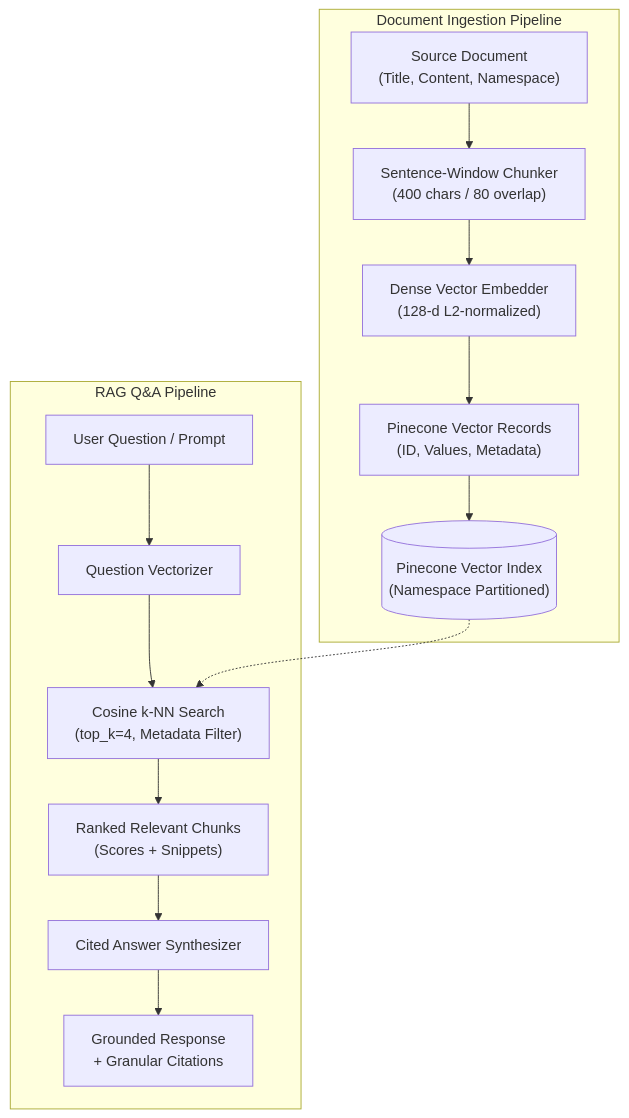
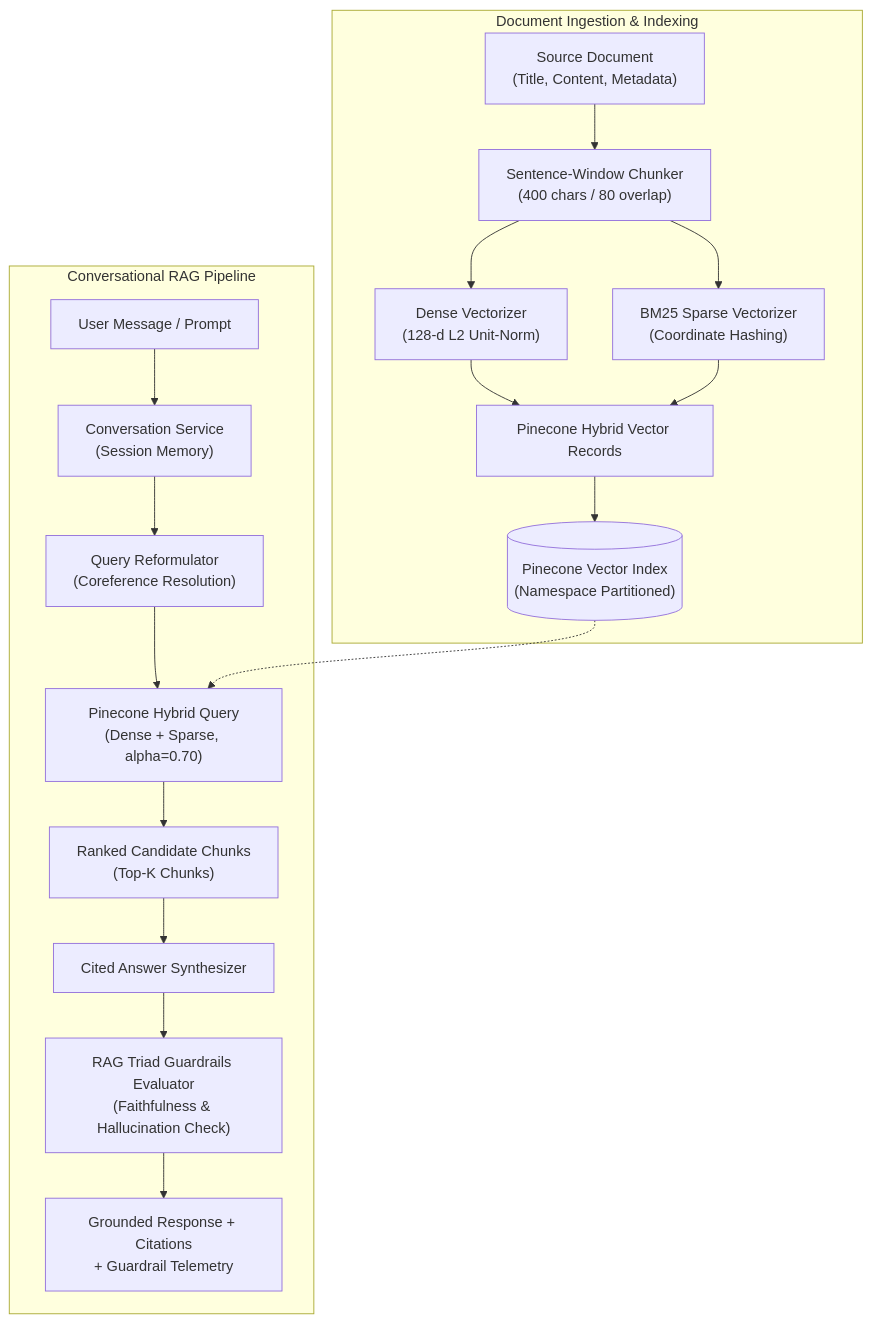
Before and after one commit to breakingthebot/pinecone-document-qa-semantic-search-build87: the diagram in README.md, drawn with Mermaid. The commit also changed other lines of this file and 19 other files, not shown here.

Commit message:
feat(pinecone): deepen iteration 2 with hybrid search, multi-turn chat, guardrails, and showcase dashboard

````diff
--- a/README.md
+++ b/README.md
@@ -12,18 +14,22 @@
 ```mermaid
 flowchart TD
-    subgraph Ingestion["Document Ingestion Pipeline"]
-        DocInput["Source Document<br/>(Title, Content, Namespace)"] --> Chunker["Sentence-Window Chunker<br/>(400 chars / 80 overlap)"]
-        Chunker --> Embedder["Dense Vector Embedder<br/>(128-d L2-normalized)"]
-        Embedder --> Records["Pinecone Vector Records<br/>(ID, Values, Metadata)"]
+    subgraph Ingestion["Document Ingestion & Indexing"]
+        DocInput["Source Document<br/>(Title, Content, Metadata)"] --> Chunker["Sentence-Window Chunker<br/>(400 chars / 80 overlap)"]
+        Chunker --> DenseEmbed["Dense Vectorizer<br/>(128-d L2 Unit-Norm)"]
+        Chunker --> SparseEmbed["BM25 Sparse Vectorizer<br/>(Coordinate Hashing)"]
+        DenseEmbed --> Records["Pinecone Hybrid Vector Records"]
+        SparseEmbed --> Records
         Records --> PineconeStore[("Pinecone Vector Index<br/>(Namespace Partitioned)")]
     end
 
-    subgraph QueryPipeline["RAG Q&A Pipeline"]
-        UserQ["User Question / Prompt"] --> QEmbed["Question Vectorizer"]
-        QEmbed --> KNN["Cosine k-NN Search<br/>(top_k=4, Metadata Filter)"]
-        PineconeStore -.-> KNN
-        KNN --> ScoredChunks["Ranked Relevant Chunks<br/>(Scores + Snippets)"]
+    subgraph ChatPipeline["Conversational RAG Pipeline"]
+        UserQ["User Message / Prompt"] --> SessionMgr["Conversation Service<br/>(Session Memory)"]
+        SessionMgr --> Reformulator["Query Reformulator<br/>(Coreference Resolution)"]
+        Reformulator --> HybridQuery["Pinecone Hybrid Query<br/>(Dense + Sparse, alpha=0.70)"]
+        PineconeStore -.-> HybridQuery
+        HybridQuery --> ScoredChunks["Ranked Candidate Chunks<br/>(Top-K Chunks)"]
         ScoredChunks --> Synthesizer["Cited Answer Synthesizer"]
-        Synthesizer --> FinalAnswer["Grounded Response<br/>+ Granular Citations"]
+        Synthesizer --> Guardrails["RAG Triad Guardrails Evaluator<br/>(Faithfulness & Hallucination Check)"]
+        Guardrails --> FinalResponse["Grounded Response + Citations<br/>+ Guardrail Telemetry"]
     end
 ```
````
